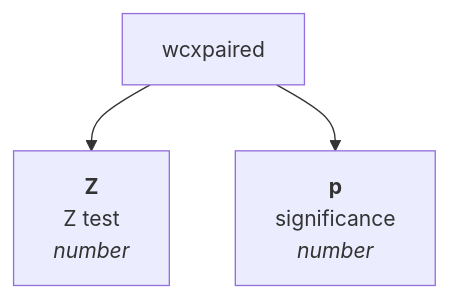
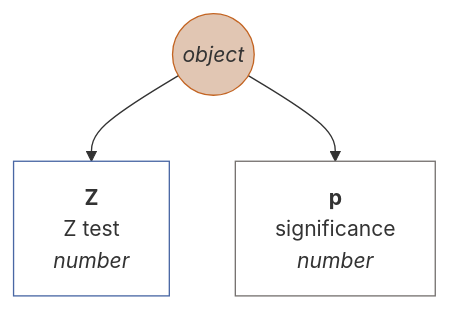
One commit to muzikp/retusa changed diagram 11 of 13 in docs/en-GB/matrix.md. Above: the diagram before and after it, drawn with Mermaid. The commit also changed other lines of this file and 17 other files, not shown here.

````diff
--- a/docs/en-GB/matrix.md
+++ b/docs/en-GB/matrix.md
@@ -537,6 +616,13 @@
 ```mermaid
 graph TD
+wcxpaired((<i>object</i>))
+style wcxpaired fill:#E1C6B3;
+style wcxpaired stroke:#C36422;
 wcxpaired --> Z[<b>Z</b><br>Z test <br><i>number</i>]
+style Z fill:#FFFFFF;
+style Z stroke:#4967A4;
 wcxpaired --> p[<b>p</b><br>significance <br><i>number</i>]
+style p fill:#FFFFFF;
+style p stroke:#75716F;
 
 ```
````
